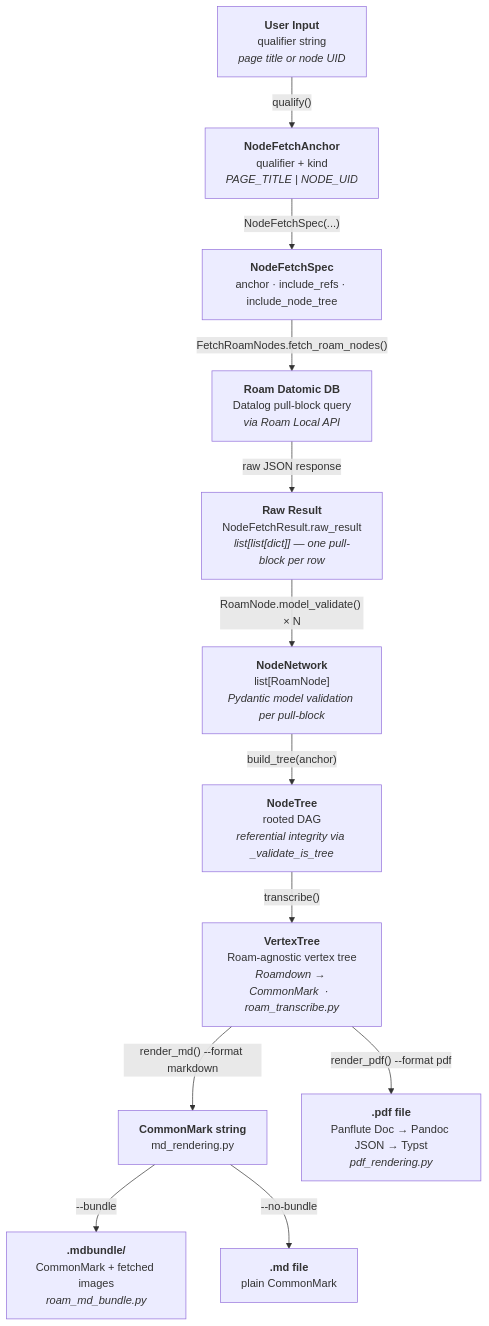
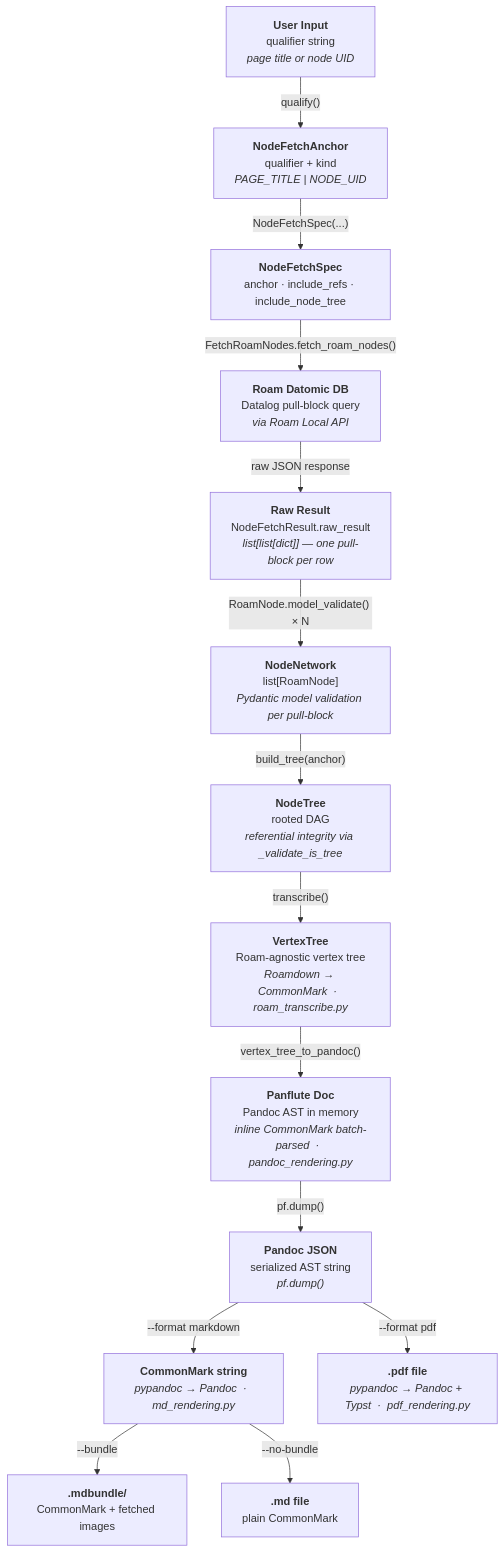
Before and after one commit to jpanico/inktomi: the diagram in docs/processing_pipeline.md, drawn with Mermaid. The commit also changed other lines of this file, not shown here.

Commit message:
Update processing_pipeline.md to reflect shared Panflute/Pandoc conversion step

````diff
--- a/docs/processing_pipeline.md
+++ b/docs/processing_pipeline.md
@@ -16,38 +17,44 @@
 ```mermaid
 flowchart TD
     USER["<b>User Input</b><br/>qualifier string<br/><i>page title or node UID</i>"]
 
     ANCHOR["<b>NodeFetchAnchor</b><br/>qualifier + kind<br/><i>PAGE_TITLE | NODE_UID</i>"]
 
     SPEC["<b>NodeFetchSpec</b><br/>anchor · include_refs · include_node_tree"]
 
     QUERY["<b>Roam Datomic DB</b><br/>Datalog pull-block query<br/><i>via Roam Local API</i>"]
 
     RAW["<b>Raw Result</b><br/>NodeFetchResult.raw_result<br/><i>list[list[dict]] — one pull-block per row</i>"]
 
     NETWORK["<b>NodeNetwork</b><br/>list[RoamNode]<br/><i>Pydantic model validation per pull-block</i>"]
 
     TREE["<b>NodeTree</b><br/>rooted DAG<br/><i>referential integrity via _validate_is_tree</i>"]
 
     VTREE["<b>VertexTree</b><br/>Roam-agnostic vertex tree<br/><i>Roamdown → CommonMark  ·  roam_transcribe.py</i>"]
 
-    MD["<b>CommonMark string</b><br/>md_rendering.py"]
+    PANFLUTE["<b>Panflute Doc</b><br/>Pandoc AST in memory<br/><i>inline CommonMark batch-parsed  ·  pandoc_rendering.py</i>"]
 
-    BUNDLE["<b>.mdbundle/</b><br/>CommonMark + fetched images<br/><i>roam_md_bundle.py</i>"]
+    PANDOC_JSON["<b>Pandoc JSON</b><br/>serialized AST string<br/><i>pf.dump()</i>"]
+
+    MDTEXT["<b>CommonMark string</b><br/><i>pypandoc → Pandoc  ·  md_rendering.py</i>"]
+
+    BUNDLE["<b>.mdbundle/</b><br/>CommonMark + fetched images"]
 
     MDFILE["<b>.md file</b><br/>plain CommonMark"]
 
-    PDF["<b>.pdf file</b><br/>Panflute Doc → Pandoc JSON → Typst<br/><i>pdf_rendering.py</i>"]
+    PDF["<b>.pdf file</b><br/><i>pypandoc → Pandoc + Typst  ·  pdf_rendering.py</i>"]
 
-    USER  -->|"qualify()"| ANCHOR
-    ANCHOR -->|"NodeFetchSpec(...)"| SPEC
-    SPEC  -->|"FetchRoamNodes.fetch_roam_nodes()"| QUERY
-    QUERY -->|"raw JSON response"| RAW
-    RAW   -->|"RoamNode.model_validate() × N"| NETWORK
+    USER    -->|"qualify()"| ANCHOR
+    ANCHOR  -->|"NodeFetchSpec(...)"| SPEC
+    SPEC    -->|"FetchRoamNodes.fetch_roam_nodes()"| QUERY
+    QUERY   -->|"raw JSON response"| RAW
+    RAW     -->|"RoamNode.model_validate() × N"| NETWORK
     NETWORK -->|"build_tree(anchor)"| TREE
-    TREE  -->|"transcribe()"| VTREE
-    VTREE -->|"render_md() --format markdown"| MD
-    MD    -->|"--bundle"| BUNDLE
-    MD    -->|"--no-bundle"| MDFILE
-    VTREE -->|"render_pdf() --format pdf"| PDF
+    TREE    -->|"transcribe()"| VTREE
+    VTREE   -->|"vertex_tree_to_pandoc()"| PANFLUTE
+    PANFLUTE -->|"pf.dump()"| PANDOC_JSON
+    PANDOC_JSON -->|"--format markdown"| MDTEXT
+    PANDOC_JSON -->|"--format pdf"| PDF
+    MDTEXT  -->|"--bundle"| BUNDLE
+    MDTEXT  -->|"--no-bundle"| MDFILE
 ```
````
